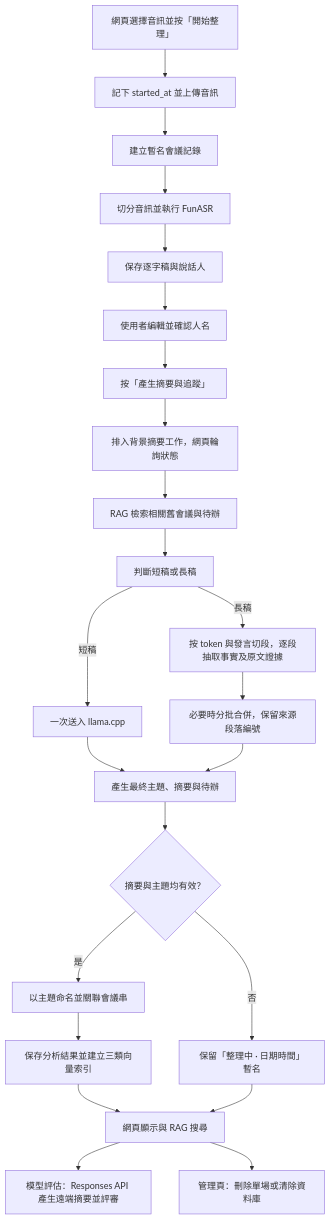
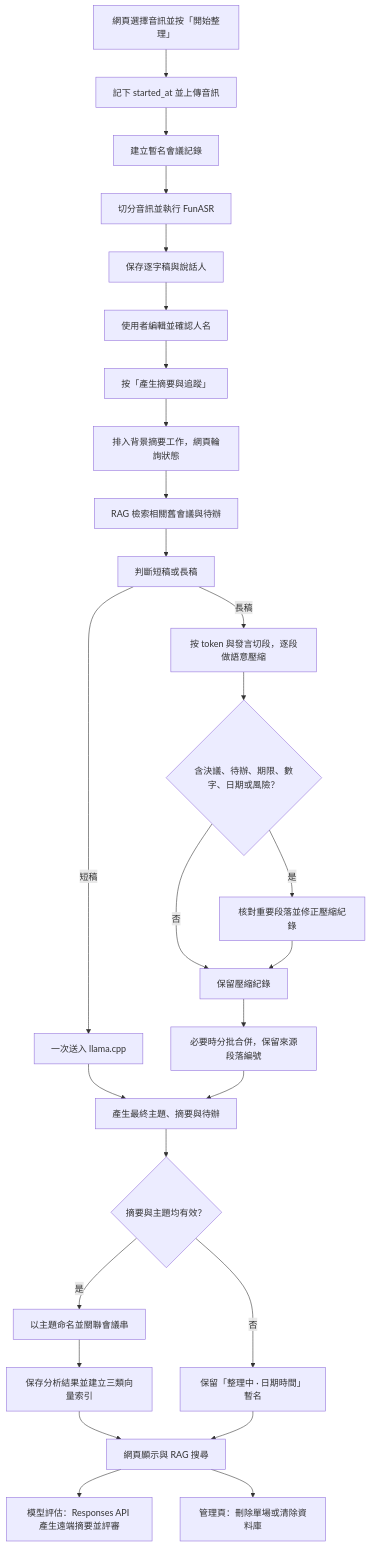
One commit to Hanson0901/meet-demo changed the diagram in architecture/09-current-workflow.md. Above: the diagram before and after it, drawn with Mermaid. The commit also changed other lines of this file and 8 other files, not shown here.

````diff
--- a/architecture/09-current-workflow.md
+++ b/architecture/09-current-workflow.md
@@ -7,25 +7,29 @@
 ```mermaid
 flowchart TD
     A[網頁選擇音訊並按「開始整理」] --> B[記下 started_at 並上傳音訊]
     B --> C[建立暫名會議記錄]
     C --> D[切分音訊並執行 FunASR]
     D --> E[保存逐字稿與說話人]
     E --> F[使用者編輯並確認人名]
     F --> G[按「產生摘要與追蹤」]
     G --> H[排入背景摘要工作，網頁輪詢狀態]
     H --> I[RAG 檢索相關舊會議與待辦]
     I --> J[判斷短稿或長稿]
     J -->|短稿| K[一次送入 llama.cpp]
-    J -->|長稿| L[按 token 與發言切段，逐段抽取事實及原文證據]
-    L --> M[必要時分批合併，保留來源段落編號]
-    K --> N[產生最終主題、摘要與待辦]
-    M --> N
-    N --> O{摘要與主題均有效？}
+    J -->|長稿| L[按 token 與發言切段，逐段做語意壓縮]
+    L --> V{含決議、待辦、期限、數字、日期或風險？}
+    V -->|是| W[核對重要段落並修正壓縮紀錄]
+    V -->|否| M[保留壓縮紀錄]
+    W --> M
+    M --> N[必要時分批合併，保留來源段落編號]
+    K --> X[產生最終主題、摘要與待辦]
+    N --> X
+    X --> O{摘要與主題均有效？}
     O -->|是| P[以主題命名並關聯會議串]
     P --> Q[保存分析結果並建立三類向量索引]
     O -->|否| R[保留「整理中 · 日期時間」暫名]
     Q --> S[網頁顯示與 RAG 搜尋]
     R --> S
     S --> T[模型評估：Responses API 產生遠端摘要並評審]
     S --> U[管理頁：刪除單場或清除資料庫]
 ```
````
